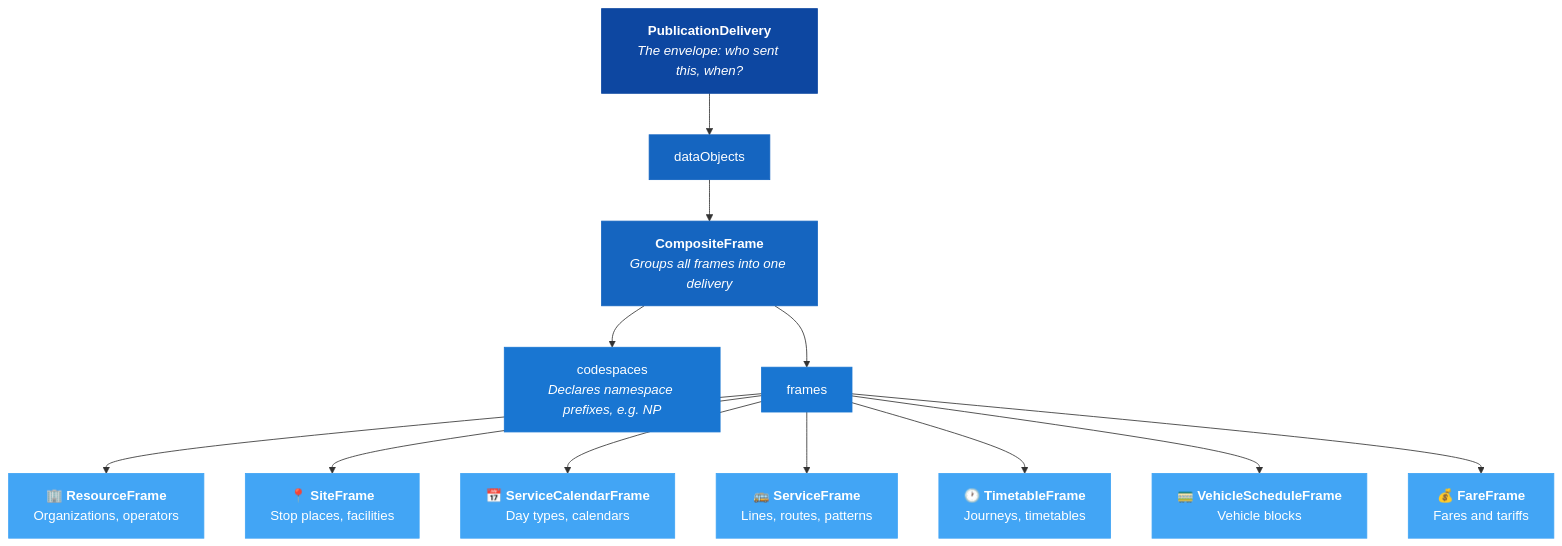
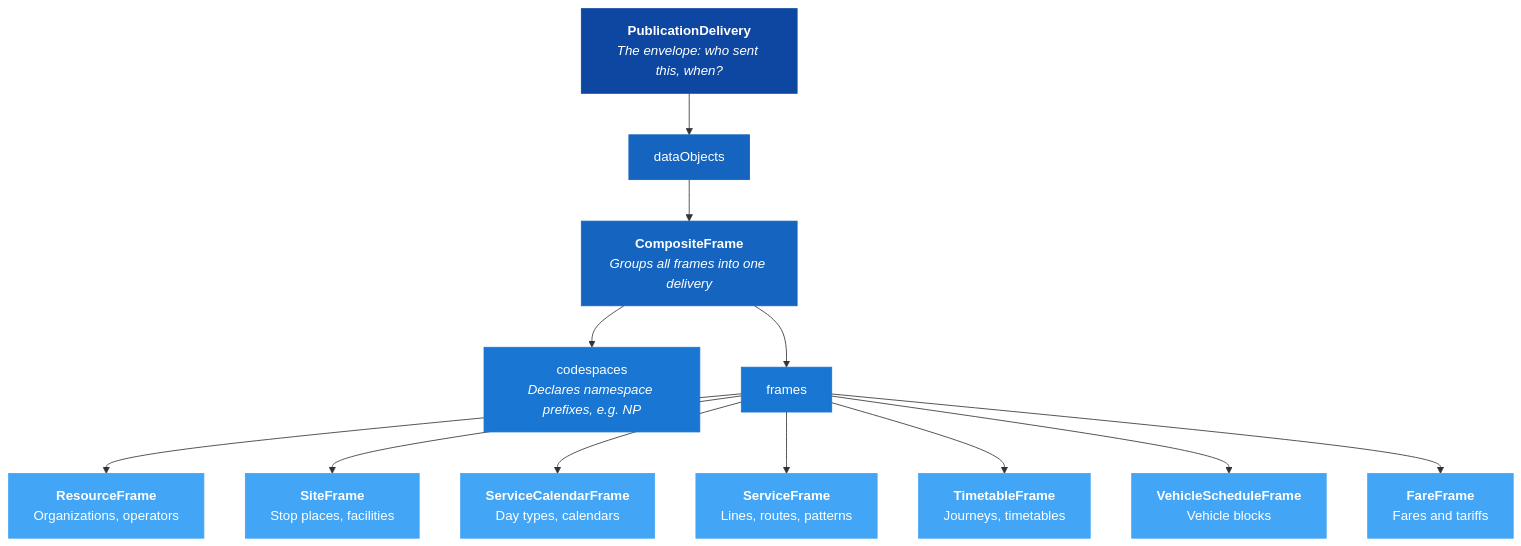
Before and after one commit to entur/nordic-netex-documentation: the diagram in guides/GetStarted/GetStarted_Guide.md, drawn with Mermaid. The commit also changed other lines of this file and 21 other files, not shown here.

````diff
--- a/guides/GetStarted/GetStarted_Guide.md
+++ b/guides/GetStarted/GetStarted_Guide.md
@@ -40,40 +40,40 @@
 ```mermaid
 flowchart TD
     PD["<b>PublicationDelivery</b><br/><i>The envelope: who sent this, when?</i>"]
     DO["dataObjects"]
     CF["<b>CompositeFrame</b><br/><i>Groups all frames into one delivery</i>"]
     CS["codespaces<br/><i>Declares namespace prefixes, e.g. NP</i>"]
     FR["frames"]
 
-    RF["🏢 <b>ResourceFrame</b><br/>Organizations, operators"]
-    SF["📍 <b>SiteFrame</b><br/>Stop places, facilities"]
-    SCF["📅 <b>ServiceCalendarFrame</b><br/>Day types, calendars"]
-    SVF["🚌 <b>ServiceFrame</b><br/>Lines, routes, patterns"]
-    TF["🕐 <b>TimetableFrame</b><br/>Journeys, timetables"]
-    VSF["🚃 <b>VehicleScheduleFrame</b><br/>Vehicle blocks"]
-    FF["💰 <b>FareFrame</b><br/>Fares and tariffs"]
+    RF["<b>ResourceFrame</b><br/>Organizations, operators"]
+    SF["<b>SiteFrame</b><br/>Stop places, facilities"]
+    SCF["<b>ServiceCalendarFrame</b><br/>Day types, calendars"]
+    SVF["<b>ServiceFrame</b><br/>Lines, routes, patterns"]
+    TF["<b>TimetableFrame</b><br/>Journeys, timetables"]
+    VSF["<b>VehicleScheduleFrame</b><br/>Vehicle blocks"]
+    FF["<b>FareFrame</b><br/>Fares and tariffs"]
 
     PD --> DO --> CF
     CF --> CS
     CF --> FR
     FR --> RF
     FR --> SF
     FR --> SCF
     FR --> SVF
     FR --> TF
     FR --> VSF
     FR --> FF
 
     style PD fill:#0D47A1,stroke:#0D47A1,color:#fff
     style DO fill:#1565C0,stroke:#1565C0,color:#fff
     style CF fill:#1565C0,stroke:#1565C0,color:#fff
     style CS fill:#1976D2,stroke:#1976D2,color:#fff
     style FR fill:#1976D2,stroke:#1976D2,color:#fff
     style RF fill:#42A5F5,stroke:#42A5F5,color:#fff
     style SF fill:#42A5F5,stroke:#42A5F5,color:#fff
     style SCF fill:#42A5F5,stroke:#42A5F5,color:#fff
     style SVF fill:#42A5F5,stroke:#42A5F5,color:#fff
     style TF fill:#42A5F5,stroke:#42A5F5,color:#fff
     style VSF fill:#42A5F5,stroke:#42A5F5,color:#fff
     style FF fill:#42A5F5,stroke:#42A5F5,color:#fff
 ```
````
